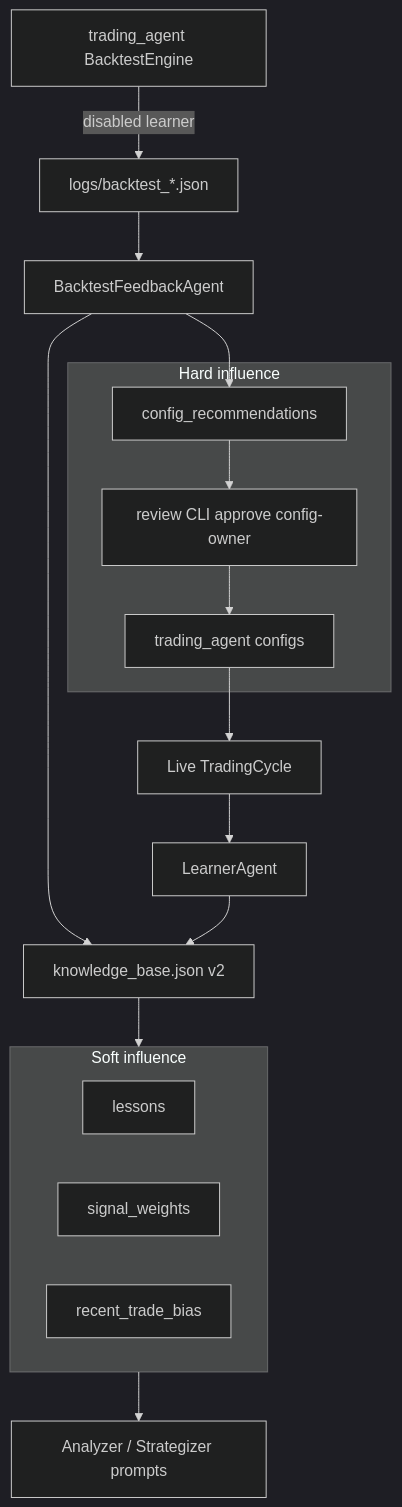
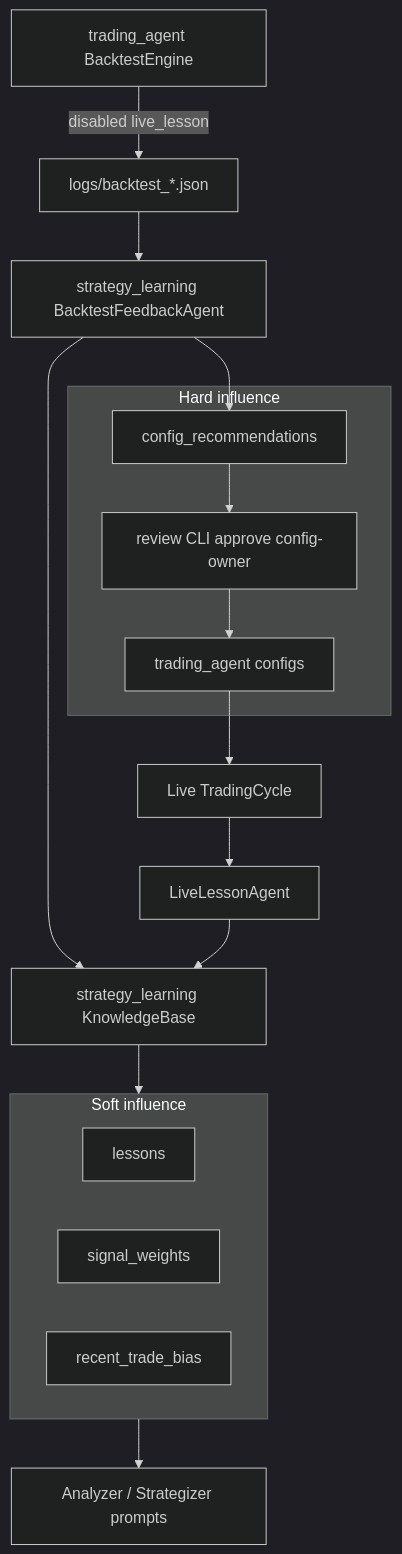
The second of 2 diagrams in docs/agents/learning-loop.md (yetigong/trading-agent), drawn with Mermaid (dark theme) before and after one commit. The commit also changed other lines of this file and 31 other files, not shown here.

First line of the commit message:
Move knowledge base ownership into strategy_learning (Phase 4.5.3).

````diff
--- a/docs/agents/learning-loop.md
+++ b/docs/agents/learning-loop.md
@@ -66,25 +62,25 @@
 ```mermaid
 flowchart TB
     subgraph soft [Soft influence]
         L["lessons"]
         SW["signal_weights"]
         BIAS["recent_trade_bias"]
     end
 
     subgraph hard [Hard influence]
         CR["config_recommendations"]
         APPROVE["review CLI approve config-owner"]
         CFG["trading_agent configs"]
     end
 
-    BT["trading_agent BacktestEngine"] -->|"disabled learner"| ART["logs/backtest_*.json"]
-    ART --> FB["BacktestFeedbackAgent"]
-    FB --> KB["knowledge_base.json v2"]
-    LIVE["Live TradingCycle"] --> LR["LearnerAgent"]
-    LR --> KB
+    BT["trading_agent BacktestEngine"] -->|"disabled live_lesson"| ART["logs/backtest_*.json"]
+    ART --> FB["strategy_learning BacktestFeedbackAgent"]
+    FB --> KB["strategy_learning KnowledgeBase"]
+    LIVE["Live TradingCycle"] --> LL["LiveLessonAgent"]
+    LL --> KB
     KB --> soft
     soft --> MA["Analyzer / Strategizer prompts"]
     FB --> CR
     CR --> APPROVE --> CFG
     CFG --> LIVE
 ```
````
